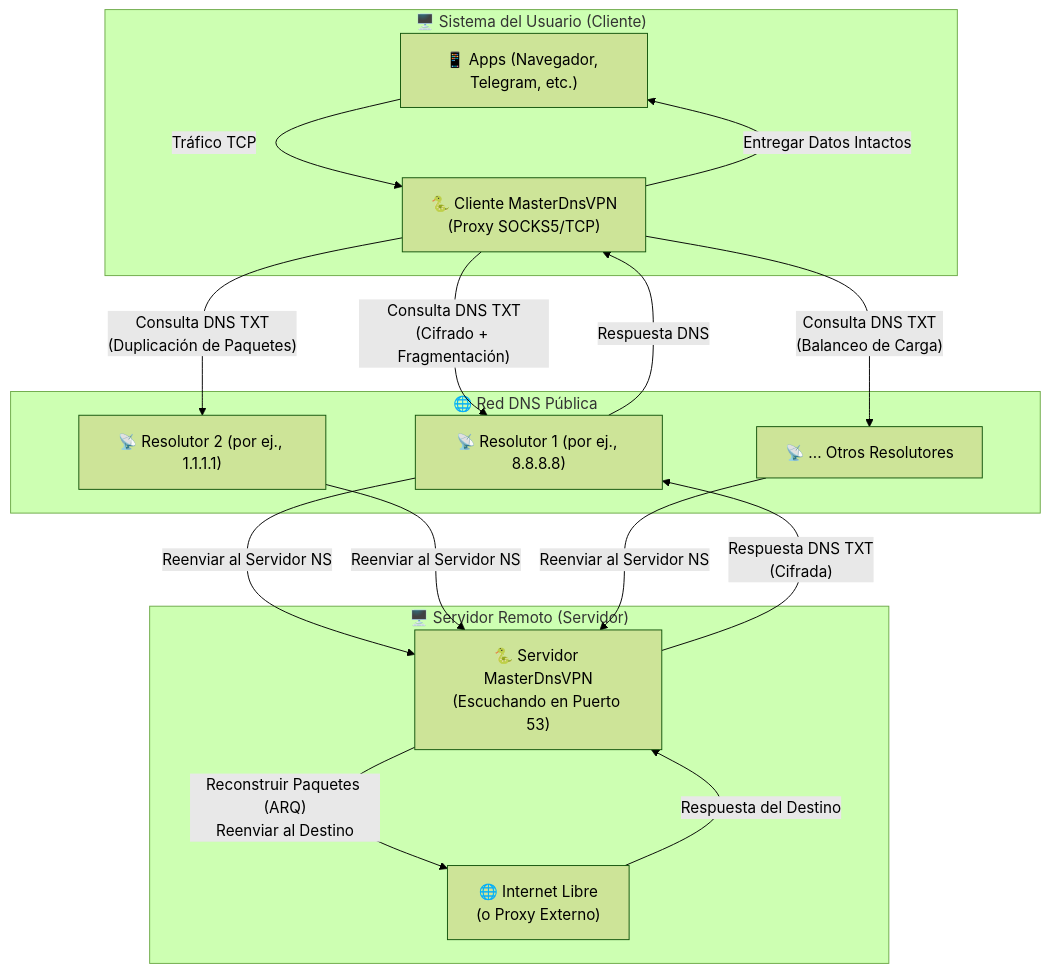
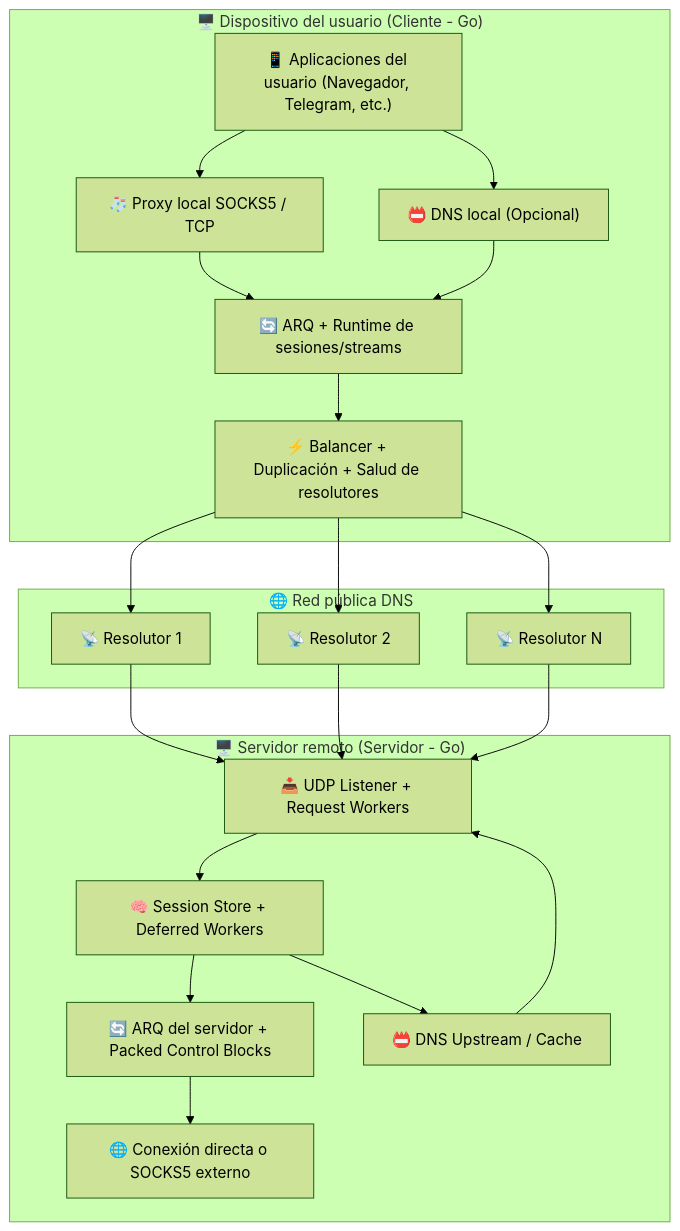
The first of 2 diagrams in README_ES.MD (masterking32/MasterDnsVPN), drawn with Mermaid (forest theme) before and after one commit. The commit also changed other lines of this file and 1 other file, not shown here.

````diff
--- a/README_ES.MD
+++ b/README_ES.MD
@@ -438,33 +640,41 @@
 ```mermaid
 graph TD
-    subgraph Client_Side ["🖥️ Sistema del Usuario (Cliente)"]
-        App["📱 Apps (Navegador, Telegram, etc.)"]
-        Client["🐍 Cliente MasterDnsVPN<br>(Proxy SOCKS5/TCP)"]
+    subgraph Client_Side ["🖥️ Dispositivo del usuario (Cliente - Go)"]
+        App["📱 Aplicaciones del usuario (Navegador, Telegram, etc.)"]
+        Proxy["🧦 Proxy local SOCKS5 / TCP"]
+        LDNS["📛 DNS local (Opcional)"]
+        ResolverRuntime["⚡ Balancer + Duplicación + Salud de resolutores"]
+        ClientARQ["🔄 ARQ + Runtime de sesiones/streams"]
     end
 
-    subgraph DNS_Network ["🌐 Red DNS Pública"]
-        R1["📡 Resolutor 1 (por ej., 8.8.8.8)"]
-        R2["📡 Resolutor 2 (por ej., 1.1.1.1)"]
-        RN["📡 ... Otros Resolutores"]
+    subgraph DNS_Network ["🌐 Red pública DNS"]
+        R1["📡 Resolutor 1"]
+        R2["📡 Resolutor 2"]
+        RN["📡 Resolutor N"]
     end
 
-    subgraph Server_Side ["🖥️ Servidor Remoto (Servidor)"]
-        Server["🐍 Servidor MasterDnsVPN<br>(Escuchando en Puerto 53)"]
-        Target["🌐 Internet Libre<br>(o Proxy Externo)"]
+    subgraph Server_Side ["🖥️ Servidor remoto (Servidor - Go)"]
+        UDP["📥 UDP Listener + Request Workers"]
+        Sessions["🧠 Session Store + Deferred Workers"]
+        ServerARQ["🔄 ARQ del servidor + Packed Control Blocks"]
+        DNSUp["📛 DNS Upstream / Cache"]
+        Out["🌐 Conexión directa o SOCKS5 externo"]
     end
 
-    App -->|"Tráfico TCP"| Client
-    Client -->|"Consulta DNS TXT<br>(Cifrado + Fragmentación)"| R1
-    Client -->|"Consulta DNS TXT<br>(Duplicación de Paquetes)"| R2
-    Client -->|"Consulta DNS TXT<br>(Balanceo de Carga)"| RN
-
-    R1 -->|"Reenviar al Servidor NS"| Server
-    R2 -->|"Reenviar al Servidor NS"| Server
-    RN -->|"Reenviar al Servidor NS"| Server
-
-    Server -->|"Reconstruir Paquetes (ARQ)<br>Reenviar al Destino"| Target
-    Target -->|"Respuesta del Destino"| Server
-    Server -->|"Respuesta DNS TXT<br>(Cifrada)"| R1
-    R1 -->|"Respuesta DNS"| Client
-    Client -->|"Entregar Datos Intactos"| App
+    App --> Proxy
+    App --> LDNS
+    Proxy --> ClientARQ
+    LDNS --> ClientARQ
+    ClientARQ --> ResolverRuntime
+    ResolverRuntime --> R1
+    ResolverRuntime --> R2
+    ResolverRuntime --> RN
+    R1 --> UDP
+    R2 --> UDP
+    RN --> UDP
+    UDP --> Sessions
+    Sessions --> ServerARQ
+    Sessions --> DNSUp
+    ServerARQ --> Out
+    DNSUp --> UDP
 ```
````
